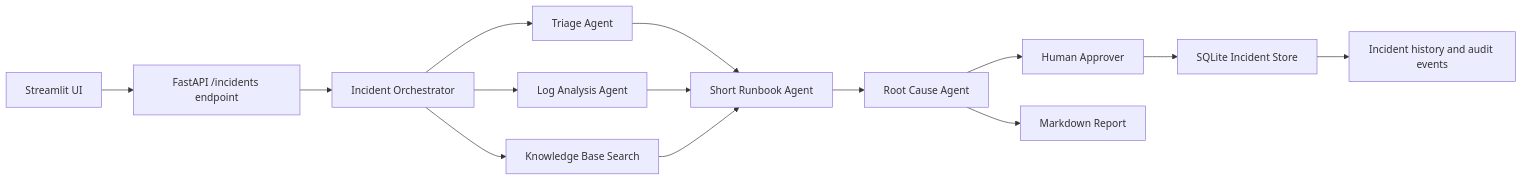
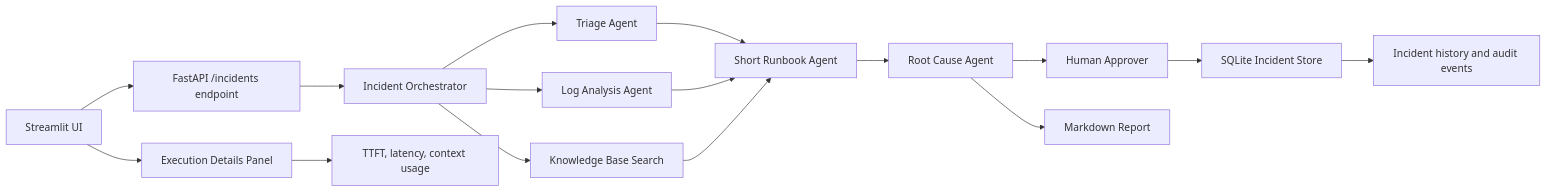
Before and after one commit to Naveen-AIEveryday/incident-response-copilot: the diagram in CAPSTONE_REPORT.md, drawn with Mermaid. The commit also changed other lines of this file and 5 other files, not shown here.

````diff
--- a/CAPSTONE_REPORT.md
+++ b/CAPSTONE_REPORT.md
@@ -28,16 +28,18 @@
 ```mermaid
 flowchart LR
     A[Streamlit UI] --> B[FastAPI /incidents endpoint]
     B --> C[Incident Orchestrator]
     C --> D[Triage Agent]
     C --> E[Log Analysis Agent]
     C --> F[Knowledge Base Search]
     D --> G[Short Runbook Agent]
     E --> G
     F --> G
     G --> H[Root Cause Agent]
     H --> I[Human Approver]
     I --> J[SQLite Incident Store]
     H --> K[Markdown Report]
     J --> L[Incident history and audit events]
+    A --> M[Execution Details Panel]
+    M --> N[TTFT, latency, context usage]
 ```
````
